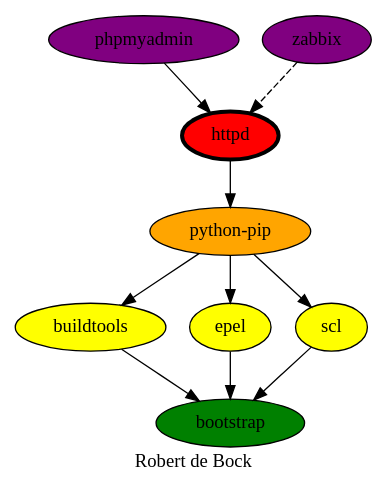
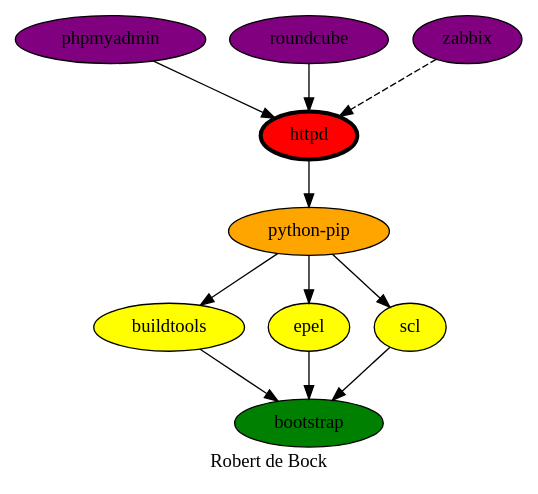
The diagram in httpd.dot (robertdebock/robertdebock.github.io), drawn with Graphviz before and after one commit.

Commit message:
Update httpd.dot
Adding roundcube.

```diff
--- a/httpd.dot
+++ b/httpd.dot
@@ -1,19 +1,20 @@
 digraph PhiloDilemma {
   label = "Robert de Bock" ;
   overlap=false
   {
     bootstrap [fillcolor=green style=filled]
     buildtools [fillcolor=yellow style=filled]
     epel [fillcolor=yellow style=filled]
     scl [fillcolor=yellow style=filled]
     "python-pip" [fillcolor=orange style=filled]
     httpd [fillcolor=red style=filled penwidth=3]
     phpmyadmin [fillcolor=purple style=filled]
+    roundcube [fillcolor=purple style=filled]
     zabbix [fillcolor=purple style=filled]
   }
   {buildtools epel scl} -> bootstrap
   "python-pip" -> {buildtools epel scl}
   httpd -> "python-pip"
-  phpmyadmin -> httpd
+  {phpmyadmin roundcube} -> httpd
   zabbix -> httpd [style=dashed]
 }
```
